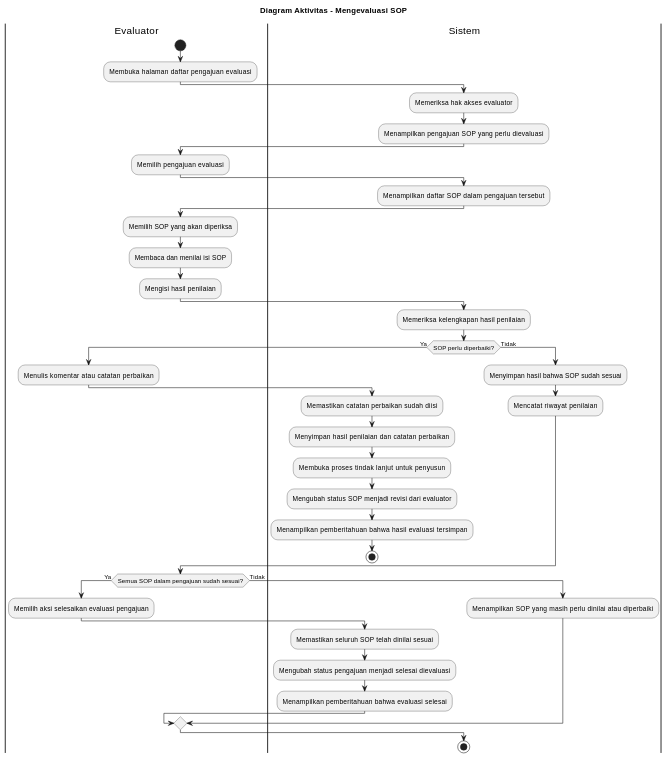
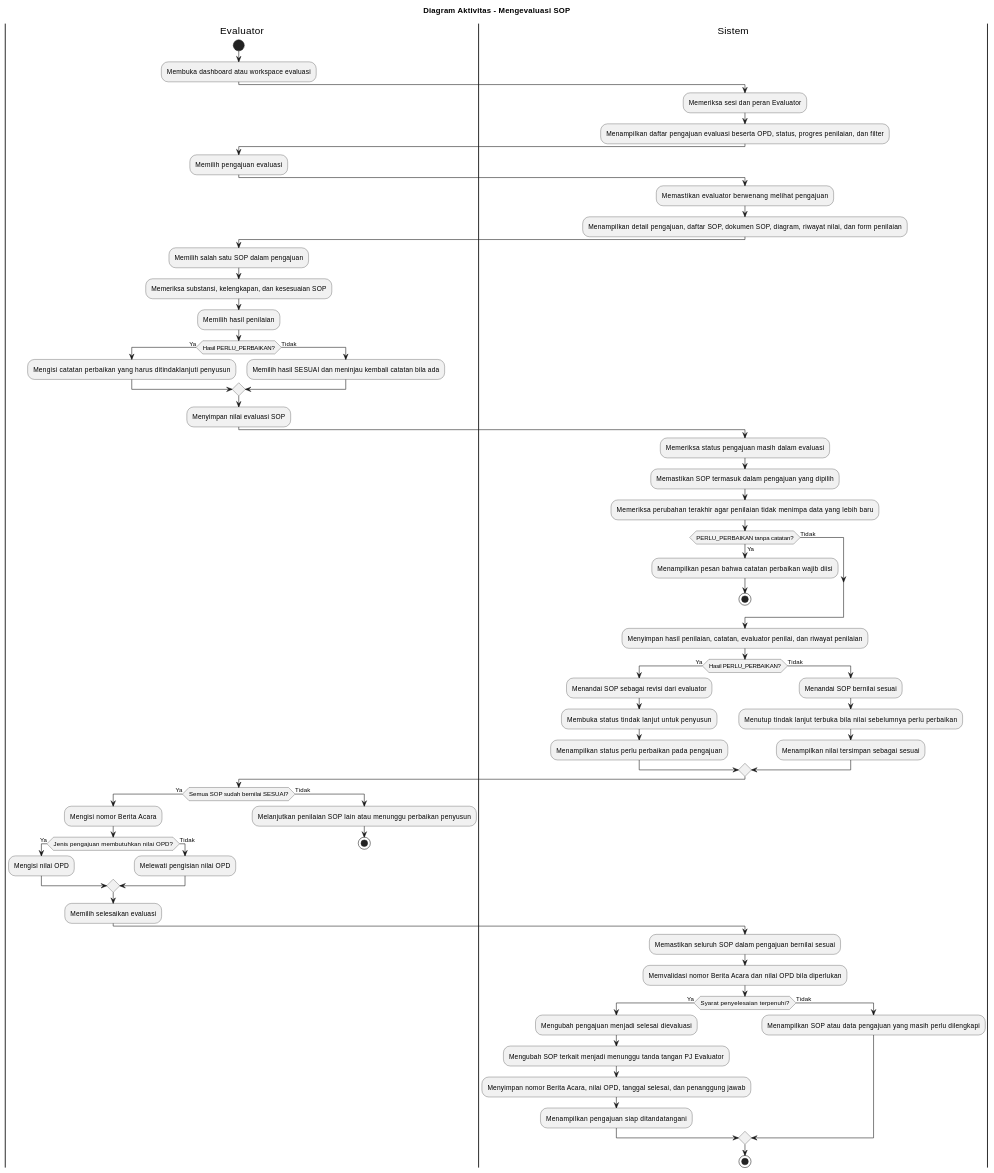
The diagram in docs/activity-diagram/evaluator-mengevaluasi-sop.md (howlil/sop-generate-app), drawn with PlantUML before and after one commit. The commit also changed other lines of this file and 90 other files, not shown here.

````diff
--- a/docs/activity-diagram/evaluator-mengevaluasi-sop.md
+++ b/docs/activity-diagram/evaluator-mengevaluasi-sop.md
@@ -16,55 +16,85 @@
-  ```plantuml
-  @startuml
-  title Diagram Aktivitas - Mengevaluasi SOP
+```plantuml
+@startuml
+title Diagram Aktivitas - Mengevaluasi SOP
 
-  |Evaluator|
-  start
-  :Membuka halaman daftar pengajuan evaluasi;
+|Evaluator|
+start
+:Membuka dashboard atau workspace evaluasi;
 
-  |Sistem|
-  :Memeriksa hak akses evaluator;
-  :Menampilkan pengajuan SOP yang perlu dievaluasi;
+|Sistem|
+:Memeriksa sesi dan peran Evaluator;
+:Menampilkan daftar pengajuan evaluasi beserta OPD, status, progres penilaian, dan filter;
 
-  |Evaluator|
-  :Memilih pengajuan evaluasi;
+|Evaluator|
+:Memilih pengajuan evaluasi;
 
-  |Sistem|
-  :Menampilkan daftar SOP dalam pengajuan tersebut;
+|Sistem|
+:Memastikan evaluator berwenang melihat pengajuan;
+:Menampilkan detail pengajuan, daftar SOP, dokumen SOP, diagram, riwayat nilai, dan form penilaian;
 
-  |Evaluator|
-  :Memilih SOP yang akan diperiksa;
-  :Membaca dan menilai isi SOP;
-  :Mengisi hasil penilaian;
+|Evaluator|
+:Memilih salah satu SOP dalam pengajuan;
+:Memeriksa substansi, kelengkapan, dan kesesuaian SOP;
+:Memilih hasil penilaian;
 
-  |Sistem|
-  :Memeriksa kelengkapan hasil penilaian;
-  if (SOP perlu diperbaiki?) then (Ya)
-    |Evaluator|
-    :Menulis komentar atau catatan perbaikan;
-    |Sistem|
-    :Memastikan catatan perbaikan sudah diisi;
-    :Menyimpan hasil penilaian dan catatan perbaikan;
-    :Membuka proses tindak lanjut untuk penyusun;
-    :Mengubah status SOP menjadi revisi dari evaluator;
-    :Menampilkan pemberitahuan bahwa hasil evaluasi tersimpan;
-    stop
+if (Hasil PERLU_PERBAIKAN?) then (Ya)
+  :Mengisi catatan perbaikan yang harus ditindaklanjuti penyusun;
+else (Tidak)
+  :Memilih hasil SESUAI dan meninjau kembali catatan bila ada;
+endif
+
+:Menyimpan nilai evaluasi SOP;
+
+|Sistem|
+:Memeriksa status pengajuan masih dalam evaluasi;
+:Memastikan SOP termasuk dalam pengajuan yang dipilih;
+:Memeriksa perubahan terakhir agar penilaian tidak menimpa data yang lebih baru;
+
+if (PERLU_PERBAIKAN tanpa catatan?) then (Ya)
+  :Menampilkan pesan bahwa catatan perbaikan wajib diisi;
+  stop
+else (Tidak)
+endif
+
+:Menyimpan hasil penilaian, catatan, evaluator penilai, dan riwayat penilaian;
+
+if (Hasil PERLU_PERBAIKAN?) then (Ya)
+  :Menandai SOP sebagai revisi dari evaluator;
+  :Membuka status tindak lanjut untuk penyusun;
+  :Menampilkan status perlu perbaikan pada pengajuan;
+else (Tidak)
+  :Menandai SOP bernilai sesuai;
+  :Menutup tindak lanjut terbuka bila nilai sebelumnya perlu perbaikan;
+  :Menampilkan nilai tersimpan sebagai sesuai;
+endif
+
+|Evaluator|
+if (Semua SOP sudah bernilai SESUAI?) then (Ya)
+  :Mengisi nomor Berita Acara;
+  if (Jenis pengajuan membutuhkan nilai OPD?) then (Ya)
+    :Mengisi nilai OPD;
   else (Tidak)
-    :Menyimpan hasil bahwa SOP sudah sesuai;
-    :Mencatat riwayat penilaian;
+    :Melewati pengisian nilai OPD;
   endif
+  :Memilih selesaikan evaluasi;
+else (Tidak)
+  :Melanjutkan penilaian SOP lain atau menunggu perbaikan penyusun;
+  stop
+endif
 
-  |Evaluator|
-  if (Semua SOP dalam pengajuan sudah sesuai?) then (Ya)
-    :Memilih aksi selesaikan evaluasi pengajuan;
-    |Sistem|
-    :Memastikan seluruh SOP telah dinilai sesuai;
-    :Mengubah status pengajuan menjadi selesai dievaluasi;
-    :Menampilkan pemberitahuan bahwa evaluasi selesai;
-  else (Tidak)
-    |Sistem|
-    :Menampilkan SOP yang masih perlu dinilai atau diperbaiki;
-  endif
+|Sistem|
+:Memastikan seluruh SOP dalam pengajuan bernilai sesuai;
+:Memvalidasi nomor Berita Acara dan nilai OPD bila diperlukan;
 
-  stop
-  @enduml
-  ```
+if (Syarat penyelesaian terpenuhi?) then (Ya)
+  :Mengubah pengajuan menjadi selesai dievaluasi;
+  :Mengubah SOP terkait menjadi menunggu tanda tangan PJ Evaluator;
+  :Menyimpan nomor Berita Acara, nilai OPD, tanggal selesai, dan penanggung jawab;
+  :Menampilkan pengajuan siap ditandatangani;
+else (Tidak)
+  :Menampilkan SOP atau data pengajuan yang masih perlu dilengkapi;
+endif
+
+stop
+@enduml
+```
````
